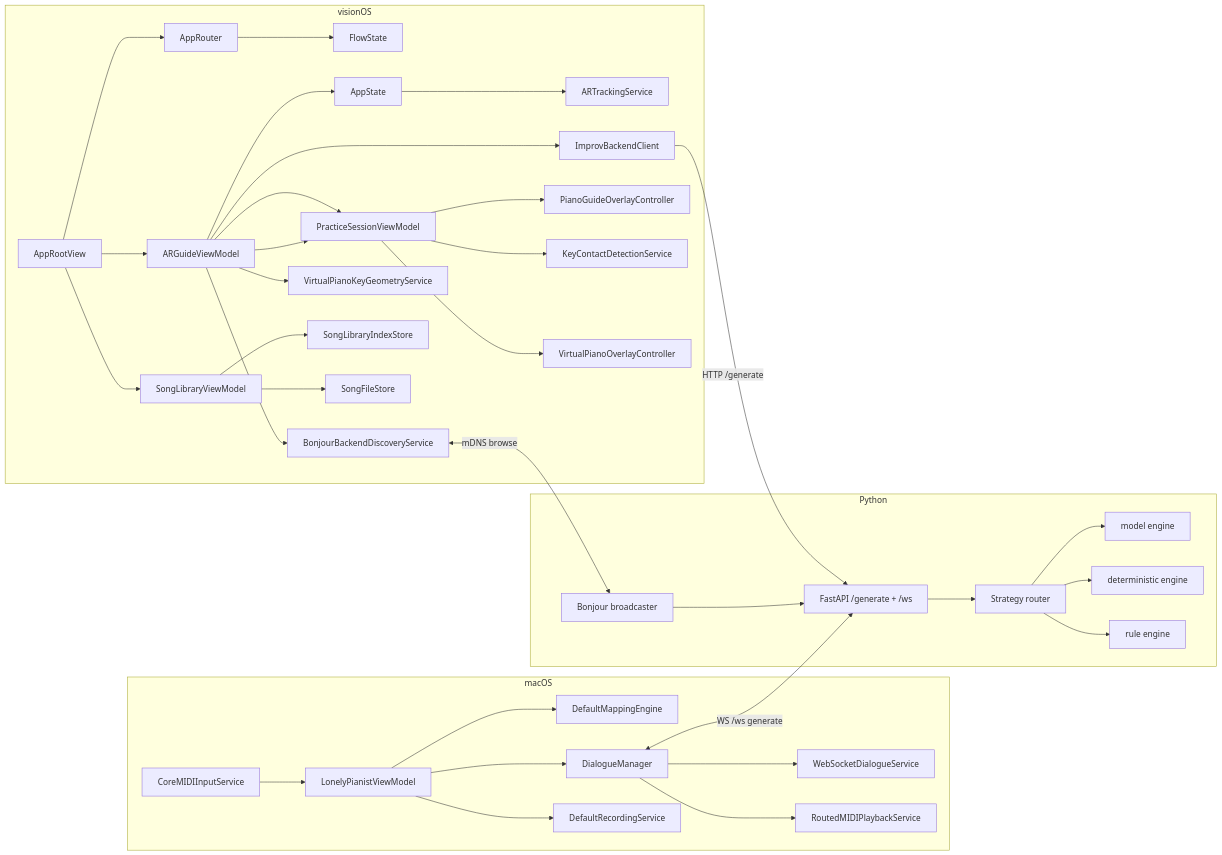
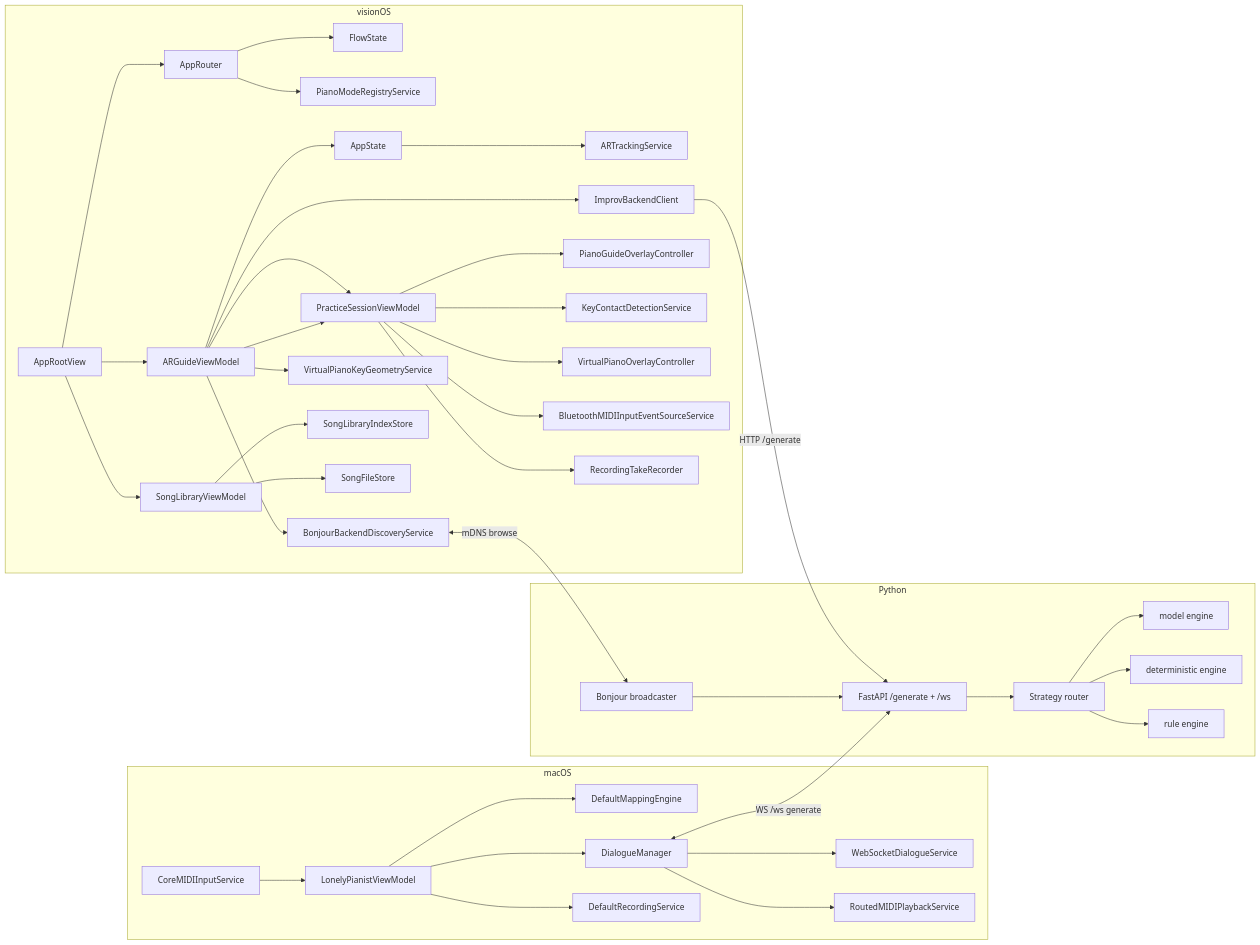
Before and after one commit to chiimagnus/Amoroso: the diagram in .github/deepwiki/architecture.md, drawn with Mermaid. The commit also changed other lines of this file and 10 other files, not shown here.

````diff
--- a/.github/deepwiki/architecture.md
+++ b/.github/deepwiki/architecture.md
@@ -38,42 +43,45 @@
 ```mermaid
 flowchart LR
   subgraph macOS
     A[CoreMIDIInputService] --> B[LonelyPianistViewModel]
     B --> C[DefaultMappingEngine]
     B --> D[DialogueManager]
     B --> E[DefaultRecordingService]
     D --> F[WebSocketDialogueService]
     D --> G[RoutedMIDIPlaybackService]
   end
 
   subgraph visionOS
     RV[AppRootView] --> RT[AppRouter]
     RT --> FS[FlowState]
+    RT --> PMR[PianoModeRegistryService]
     RV --> J[SongLibraryViewModel]
     RV --> K[ARGuideViewModel]
     K --> AS[AppState]
     AS --> L[ARTrackingService]
     K --> M[PracticeSessionViewModel]
     K --> BD[BonjourBackendDiscoveryService]
     K --> IC[ImprovBackendClient]
     M --> N[PianoGuideOverlayController]
     M --> W[KeyContactDetectionService]
     M --> X[VirtualPianoOverlayController]
+    M --> BLE[BluetoothMIDIInputEventSourceService]
+    M --> RA[RecordingTakeRecorder]
     K --> Y[VirtualPianoKeyGeometryService]
     J --> O[SongLibraryIndexStore]
     J --> P[SongFileStore]
   end
 
   subgraph Python
     QB[Bonjour broadcaster] --> Q[FastAPI /generate + /ws]
     Q --> R[Strategy router]
     R --> E1[model engine]
     R --> E2[deterministic engine]
     R --> E3[rule engine]
   end
 
   D <-->|WS /ws generate| Q
   BD <-->|mDNS browse| QB
   IC -->|HTTP /generate| Q
   K --> M
 ```
````
